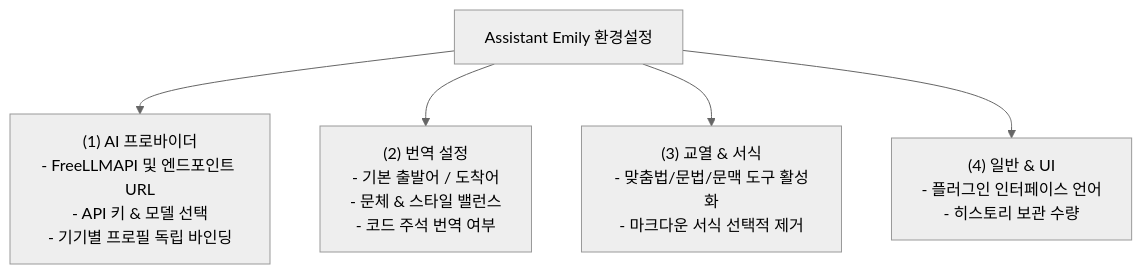
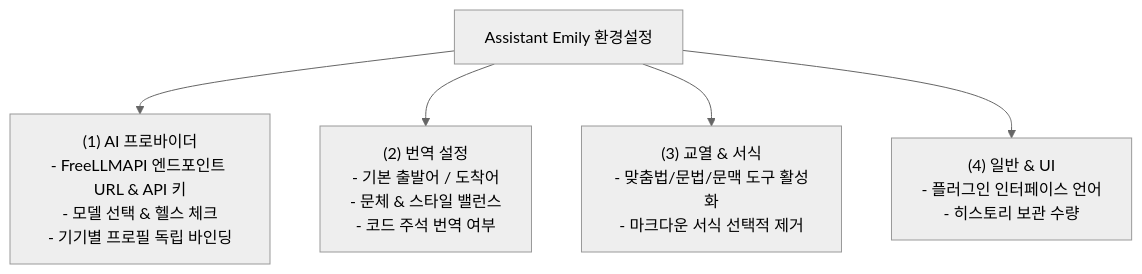
One commit to sparklings/emily changed the first of 2 diagrams in docs/02-ai-providers-setup.md. Above: the diagram before and after it, drawn with Mermaid (neutral theme). The commit also changed other lines of this file and 8 other files, not shown here.

Commit message:
docs: remove BRAT, update to official community release, and make FreeLLMAPI exclusive

````diff
--- a/docs/02-ai-providers-setup.md
+++ b/docs/02-ai-providers-setup.md
@@ -24,13 +22,13 @@
 ```mermaid
 flowchart TD
     Root["Assistant Emily 환경설정"]
-    T1["(1) AI 프로바이더<br/>- FreeLLMAPI 및 엔드포인트 URL<br/>- API 키 & 모델 선택<br/>- 기기별 프로필 독립 바인딩"]
+    T1["(1) AI 프로바이더<br/>- FreeLLMAPI 엔드포인트 URL & API 키<br/>- 모델 선택 & 헬스 체크<br/>- 기기별 프로필 독립 바인딩"]
     T2["(2) 번역 설정<br/>- 기본 출발어 / 도착어<br/>- 문체 & 스타일 밸런스<br/>- 코드 주석 번역 여부"]
     T3["(3) 교열 & 서식<br/>- 맞춤법/문법/문맥 도구 활성화<br/>- 마크다운 서식 선택적 제거"]
     T4["(4) 일반 & UI<br/>- 플러그인 인터페이스 언어<br/>- 히스토리 보관 수량"]
 
     Root --> T1
     Root --> T2
     Root --> T3
     Root --> T4
 ```
````
